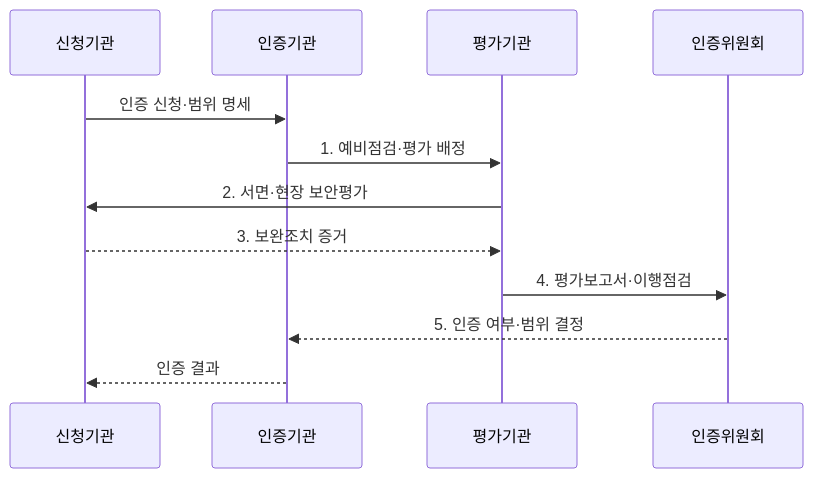
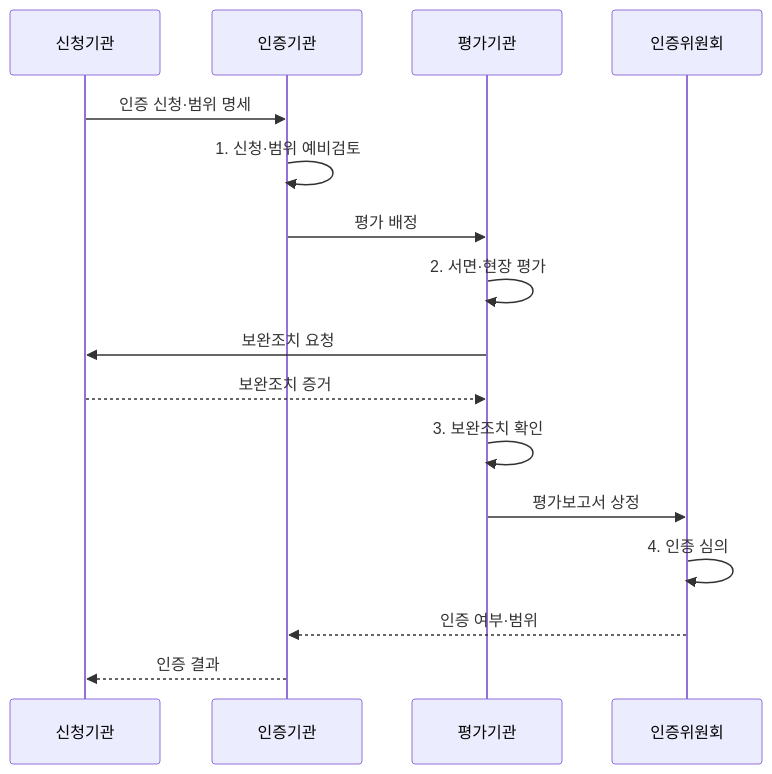
The second of 2 diagrams in src/content/docs/notes/06-evaluation/048_csap_assessment.md (agnusdei1207/knowledge-base), drawn with Mermaid before and after one commit. The commit also changed other lines of this file and 11 other files, not shown here.

````diff
--- a/src/content/docs/notes/06-evaluation/048_csap_assessment.md
+++ b/src/content/docs/notes/06-evaluation/048_csap_assessment.md
@@ -88,14 +92,18 @@
 ```mermaid
 sequenceDiagram
     participant C as 신청기관
     participant K as 인증기관
     participant E as 평가기관
     participant B as 인증위원회
     C->>K: 인증 신청·범위 명세
-    K->>E: 1. 예비점검·평가 배정
-    E->>C: 2. 서면·현장 보안평가
-    C-->>E: 3. 보완조치 증거
-    E->>B: 4. 평가보고서·이행점검
-    B-->>K: 5. 인증 여부·범위 결정
+    K->>K: 1. 신청·범위 예비검토
+    K->>E: 평가 배정
+    E->>E: 2. 서면·현장 평가
+    E->>C: 보완조치 요청
+    C-->>E: 보완조치 증거
+    E->>E: 3. 보완조치 확인
+    E->>B: 평가보고서 상정
+    B->>B: 4. 인증 심의
+    B-->>K: 인증 여부·범위
     K-->>C: 인증 결과
 ```
````
